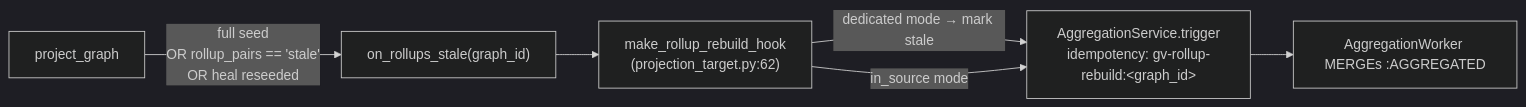
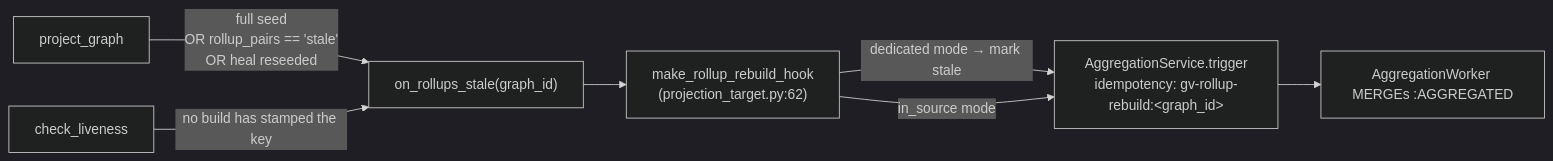
One commit to rkrumins/dataviz changed the third of 4 diagrams in docs/versioning/04-projection-and-cache.md. Above: the diagram before and after it, drawn with Mermaid (dark theme). The commit also changed other lines of this file and 8 other files, not shown here.

````diff
--- a/docs/versioning/04-projection-and-cache.md
+++ b/docs/versioning/04-projection-and-cache.md
@@ -333,8 +333,9 @@
 ```mermaid
 flowchart LR
     P["project_graph"] -->|"full seed<br/>OR rollup_pairs == 'stale'<br/>OR heal reseeded"| H["on_rollups_stale(graph_id)"]
+    L["check_liveness"] -->|"no build has stamped the key"| H
     H --> MK["make_rollup_rebuild_hook<br/>(projection_target.py:62)"]
     MK -->|"dedicated mode → mark stale"| TRIG
     MK -->|"in_source mode"| TRIG["AggregationService.trigger<br/>idempotency: gv-rollup-rebuild:&lt;graph_id&gt;"]
     TRIG --> AW["AggregationWorker MERGEs :AGGREGATED"]
 ```
````
